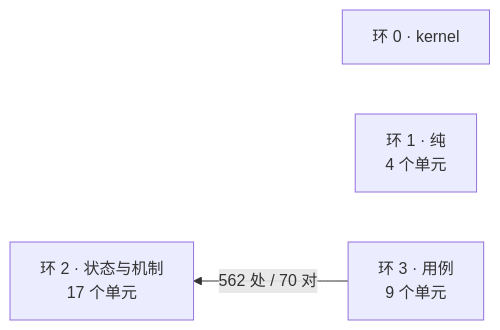
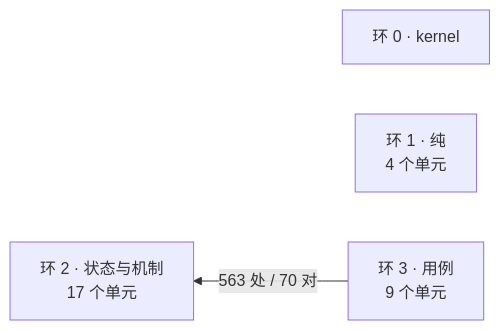
The diagram in docs/architecture/dependency-map.md (theRMM714/Solomni), drawn with Mermaid before and after one commit. The commit also changed other lines of this file and 71 other files, not shown here.

````diff
--- a/docs/architecture/dependency-map.md
+++ b/docs/architecture/dependency-map.md
@@ -14,8 +14,8 @@
 ```mermaid
 flowchart RL
   R0["环 0 · kernel"]
   R1["环 1 · 纯<br/>4 个单元"]
   R2["环 2 · 状态与机制<br/>17 个单元"]
   R3["环 3 · 用例<br/>9 个单元"]
-  R3 -->|"562 处 / 70 对"| R2
+  R3 -->|"563 处 / 70 对"| R2
 ```
````
